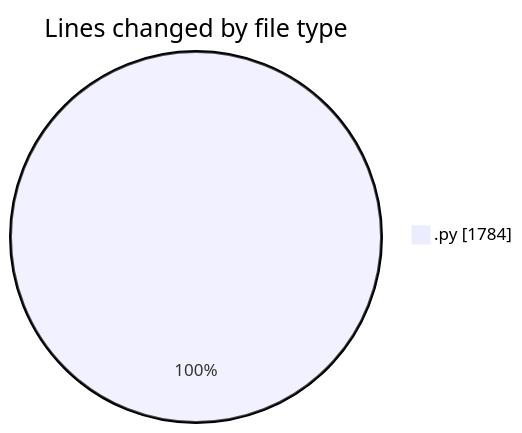
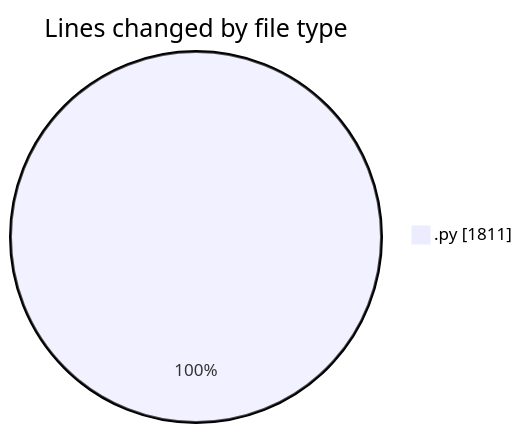
One commit to julien-gomy/code-tracking changed the first of 2 diagrams in 2025-10-21/eventscop-api-guide__workspace_/README.md. Above: the diagram before and after it, drawn with Mermaid. The commit also changed other lines of this file and 1 other file, not shown here.

````diff
--- a/2025-10-21/eventscop-api-guide__workspace_/README.md
+++ b/2025-10-21/eventscop-api-guide__workspace_/README.md
@@ -27,5 +28,5 @@
 ```mermaid
 pie showData
 title Lines changed by file type
-".py" : 1784
+".py" : 1811
 ```
````
